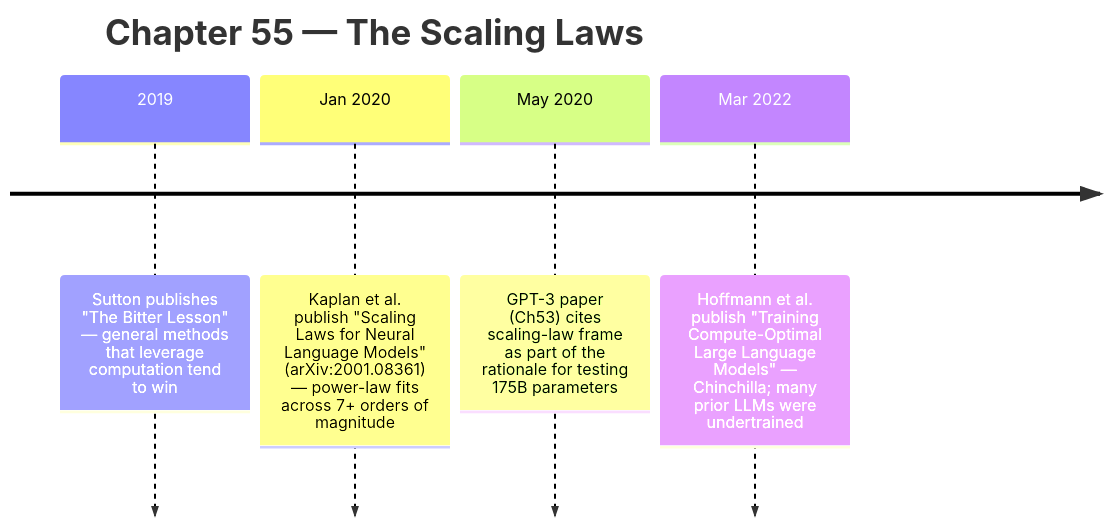
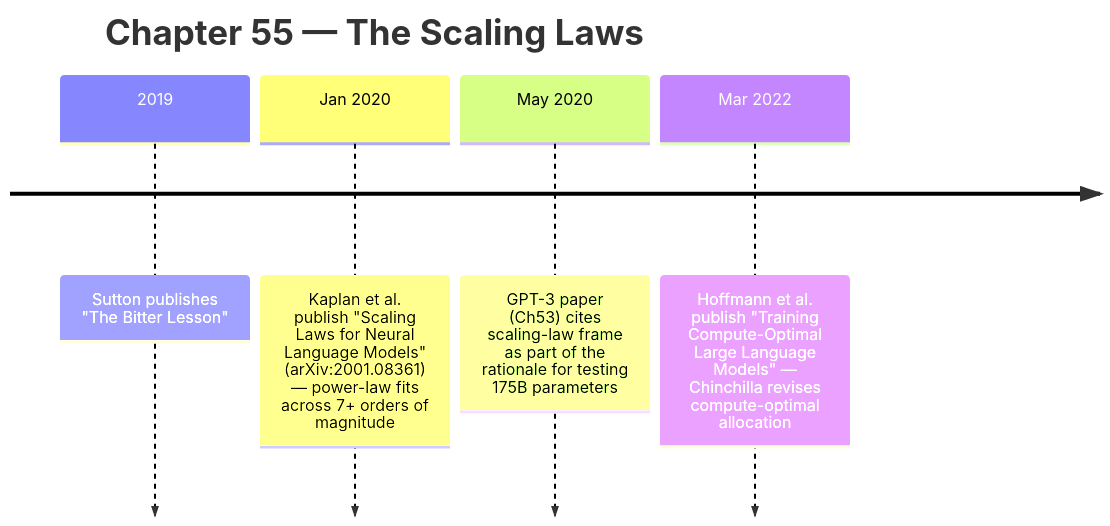
One commit to krisztiankoos/kubedojo changed the diagram in src/content/docs/ai-history/ch-55-the-scaling-laws.md. Above: the diagram before and after it, drawn with Mermaid. The commit also changed other lines of this file and 2 other files, not shown here.

````diff
--- a/src/content/docs/ai-history/ch-55-the-scaling-laws.md
+++ b/src/content/docs/ai-history/ch-55-the-scaling-laws.md
@@ -29,8 +29,8 @@
 ```mermaid
 timeline
     title Chapter 55 — The Scaling Laws
-    2019 : Sutton publishes "The Bitter Lesson" — general methods that leverage computation tend to win
+    2019 : Sutton publishes "The Bitter Lesson"
     Jan 2020 : Kaplan et al. publish "Scaling Laws for Neural Language Models" (arXiv:2001.08361) — power-law fits across 7+ orders of magnitude
     May 2020 : GPT-3 paper (Ch53) cites scaling-law frame as part of the rationale for testing 175B parameters
-    Mar 2022 : Hoffmann et al. publish "Training Compute-Optimal Large Language Models" — Chinchilla; many prior LLMs were undertrained
+    Mar 2022 : Hoffmann et al. publish "Training Compute-Optimal Large Language Models" — Chinchilla revises compute-optimal allocation
 ```
````
